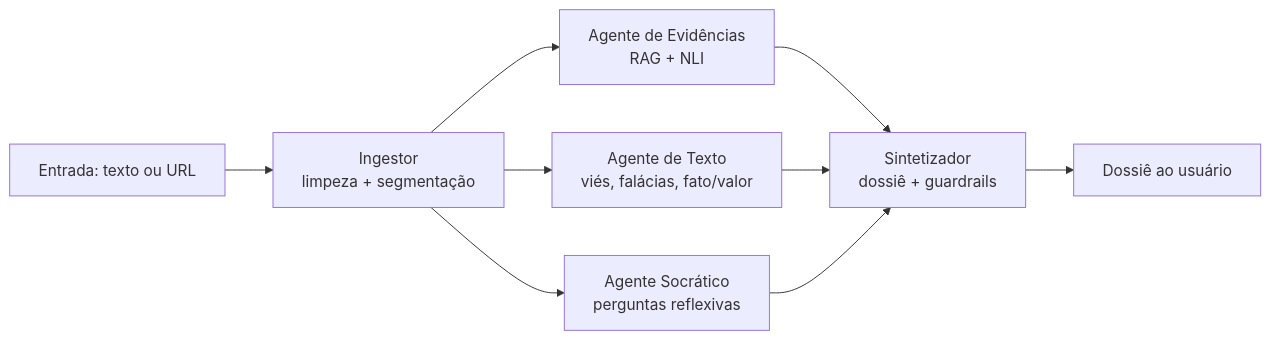
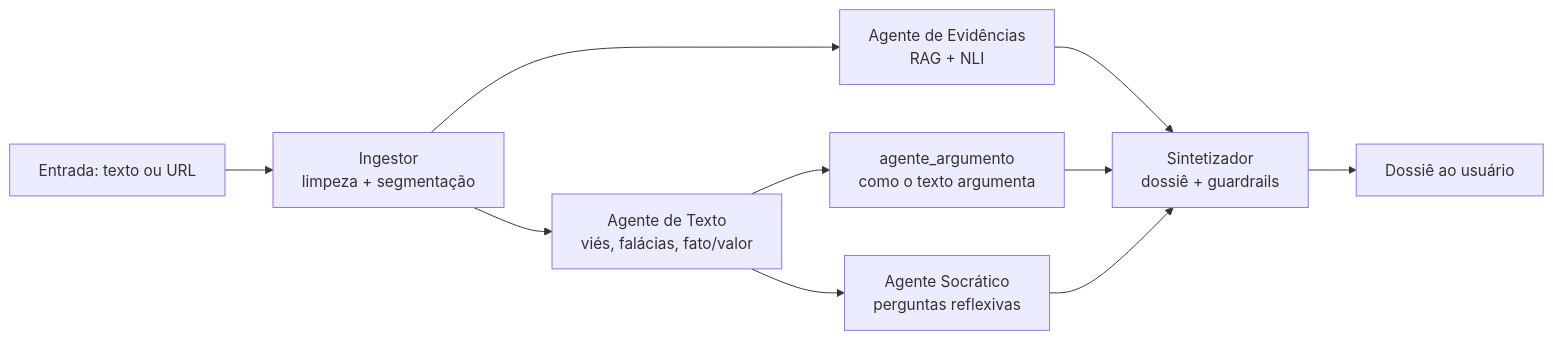
Before and after one commit to eduarda-ogomes/grupo1_ResIA: the first of 2 diagrams in docs/Manual do Sistema Multiagente — Avaliação de Confiabilidade da Informação.md, drawn with Mermaid. The commit also changed other lines of this file and 4 other files, not shown here.

````diff
--- a/docs/Manual do Sistema Multiagente — Avaliação de Confiabilidade da Informação.md
+++ b/docs/Manual do Sistema Multiagente — Avaliação de Confiabilidade da Informação.md
@@ -66,11 +66,12 @@
 ```mermaid
 flowchart LR
     IN[Entrada: texto ou URL] --> ING[Ingestor<br/>limpeza + segmentação]
     ING --> EV[Agente de Evidências<br/>RAG + NLI]
     ING --> TX[Agente de Texto<br/>viés, falácias, fato/valor]
-    ING --> SO[Agente Socrático<br/>perguntas reflexivas]
+    TX --> AR[agente_argumento<br/>como o texto argumenta]
+    TX --> SO[Agente Socrático<br/>perguntas reflexivas]
     EV --> SY[Sintetizador<br/>dossiê + guardrails]
-    TX --> SY
+    AR --> SY
     SO --> SY
     SY --> OUT[Dossiê ao usuário]
 ```
````
